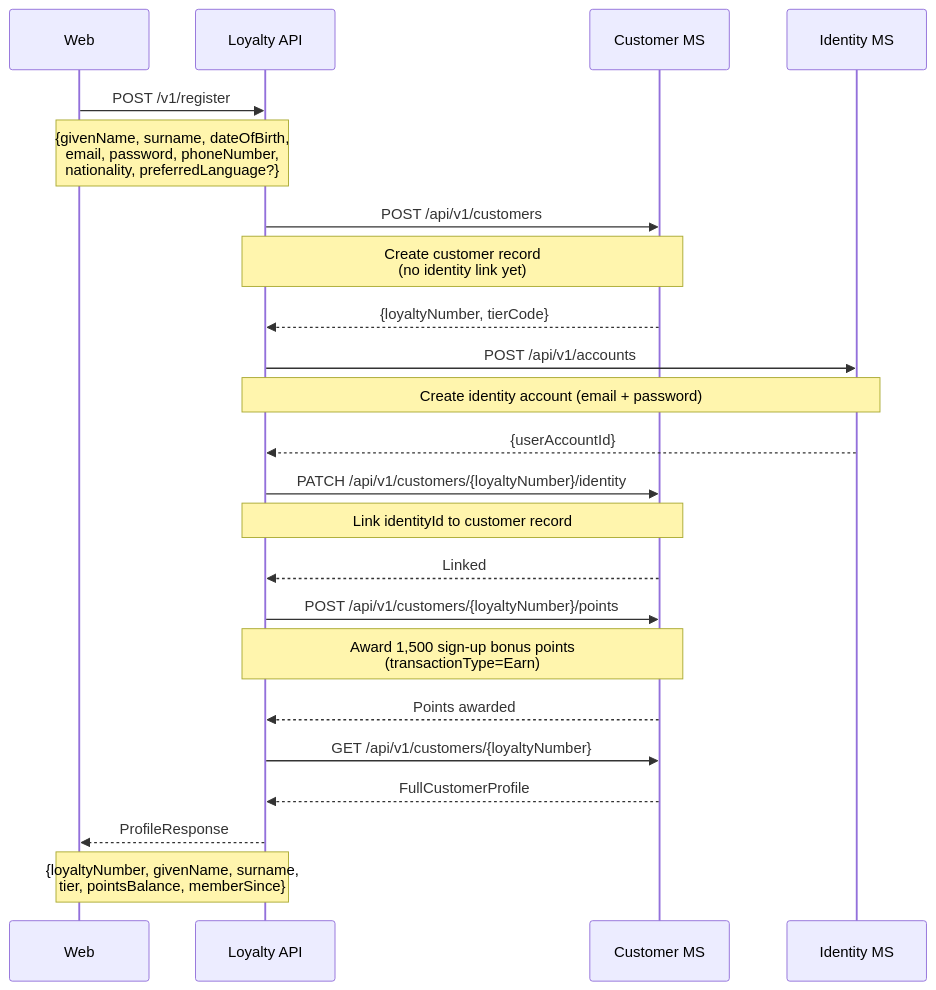
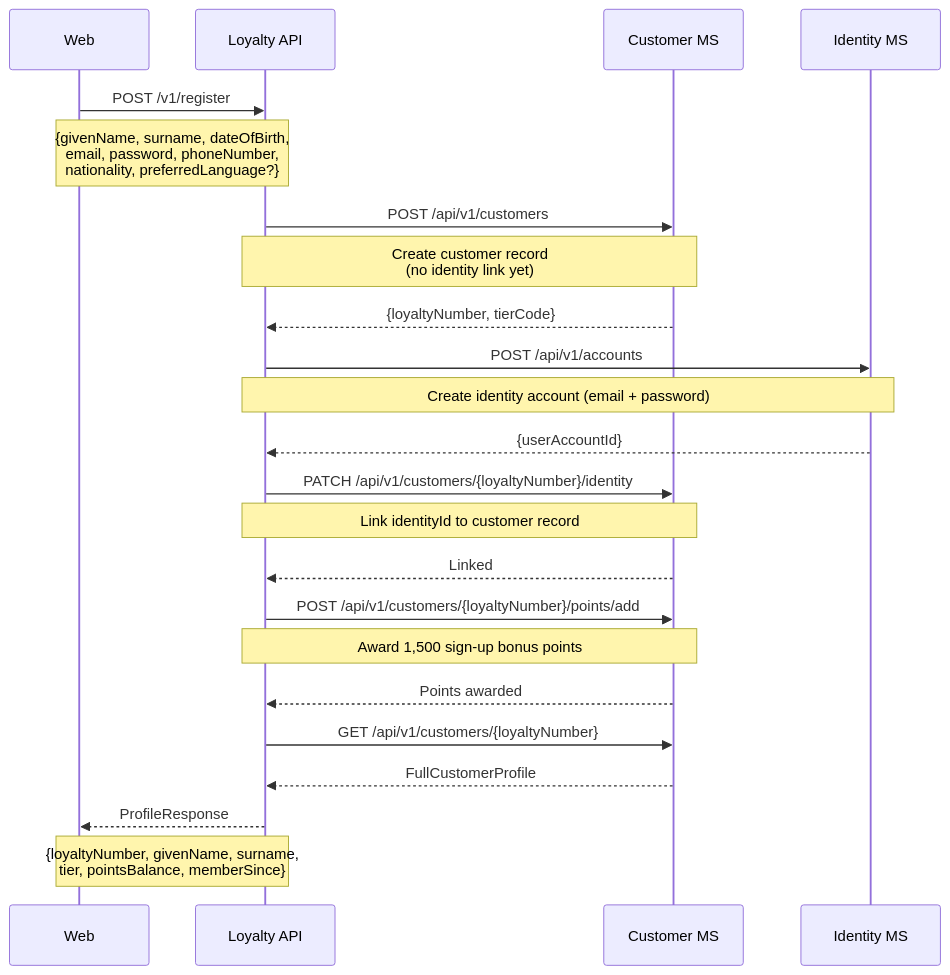
Before and after one commit to sebharvey/airline-reservation-system: the eighth of 9 diagrams in documentation/sequences/identity.md, drawn with Mermaid. The commit also changed other lines of this file and 11 other files, not shown here.

````diff
--- a/documentation/sequences/identity.md
+++ b/documentation/sequences/identity.md
@@ -121,32 +151,32 @@
 ```mermaid
 sequenceDiagram
     participant Web
     participant LoyaltyAPI as Loyalty API
     participant CustomerMS as Customer MS
     participant IdentityMS as Identity MS
 
     Web->>LoyaltyAPI: POST /v1/register
     Note over Web,LoyaltyAPI: {givenName, surname, dateOfBirth,<br/>email, password, phoneNumber,<br/>nationality, preferredLanguage?}
 
     LoyaltyAPI->>CustomerMS: POST /api/v1/customers
     Note over LoyaltyAPI,CustomerMS: Create customer record<br/>(no identity link yet)
     CustomerMS-->>LoyaltyAPI: {loyaltyNumber, tierCode}
 
     LoyaltyAPI->>IdentityMS: POST /api/v1/accounts
     Note over LoyaltyAPI,IdentityMS: Create identity account (email + password)
     IdentityMS-->>LoyaltyAPI: {userAccountId}
 
     LoyaltyAPI->>CustomerMS: PATCH /api/v1/customers/{loyaltyNumber}/identity
     Note over LoyaltyAPI,CustomerMS: Link identityId to customer record
     CustomerMS-->>LoyaltyAPI: Linked
 
-    LoyaltyAPI->>CustomerMS: POST /api/v1/customers/{loyaltyNumber}/points
-    Note over LoyaltyAPI,CustomerMS: Award 1,500 sign-up bonus points<br/>(transactionType=Earn)
+    LoyaltyAPI->>CustomerMS: POST /api/v1/customers/{loyaltyNumber}/points/add
+    Note over LoyaltyAPI,CustomerMS: Award 1,500 sign-up bonus points
     CustomerMS-->>LoyaltyAPI: Points awarded
 
     LoyaltyAPI->>CustomerMS: GET /api/v1/customers/{loyaltyNumber}
     CustomerMS-->>LoyaltyAPI: FullCustomerProfile
 
     LoyaltyAPI-->>Web: ProfileResponse
     Note over LoyaltyAPI,Web: {loyaltyNumber, givenName, surname,<br/>tier, pointsBalance, memberSince}
 ```
````
